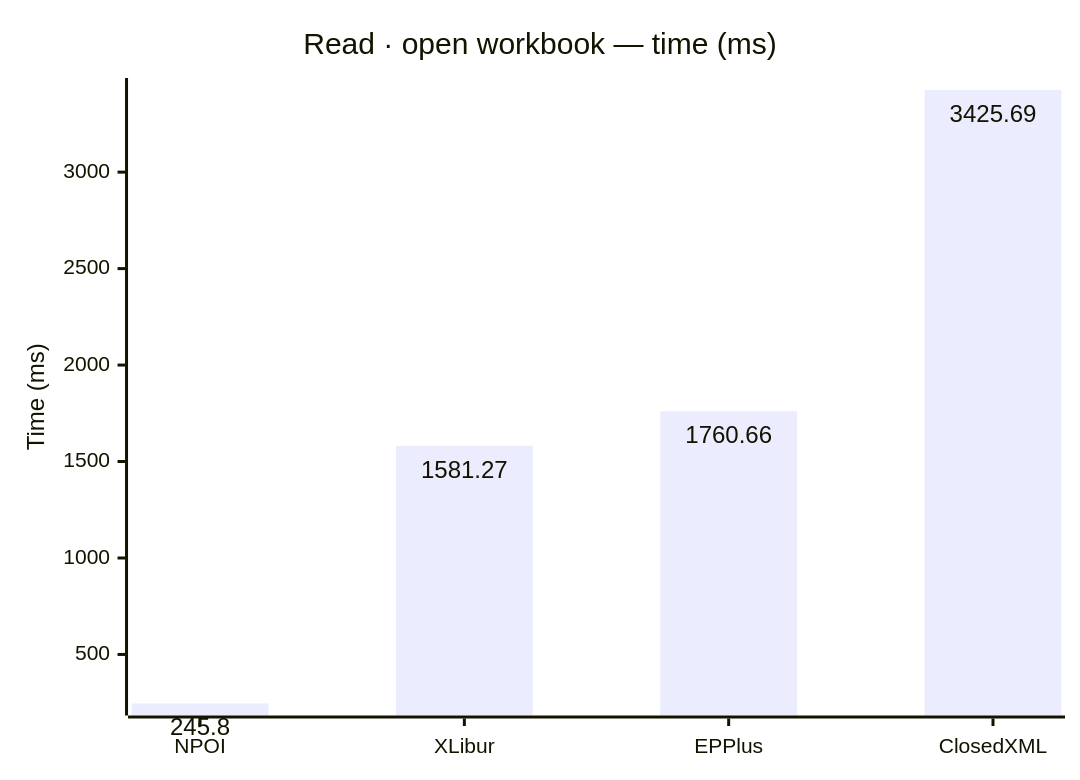
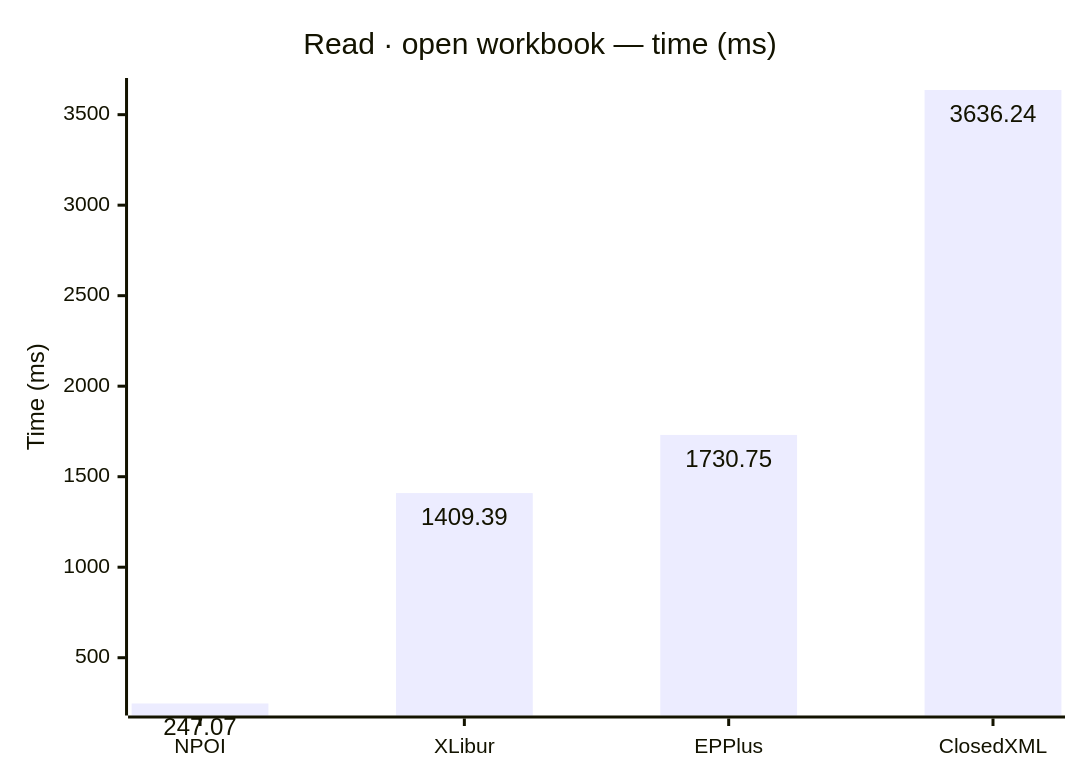
Before and after one commit to jafin/XLBench: the first of 8 diagrams in docs/results.md, drawn with Mermaid. The commit also changed other lines of this file and 1 other file, not shown here.

````diff
--- a/docs/results.md
+++ b/docs/results.md
@@ -34,12 +34,12 @@
 ```mermaid
 ---
 config:
   xyChart:
     showDataLabel: true
 ---
 xychart-beta
     title "Read · open workbook — time (ms)"
     x-axis ["NPOI", "XLibur", "EPPlus", "ClosedXML"]
     y-axis "Time (ms)"
-    bar [245.8, 1581.27, 1760.66, 3425.69]
+    bar [247.07, 1409.39, 1730.75, 3636.24]
 ```
````
